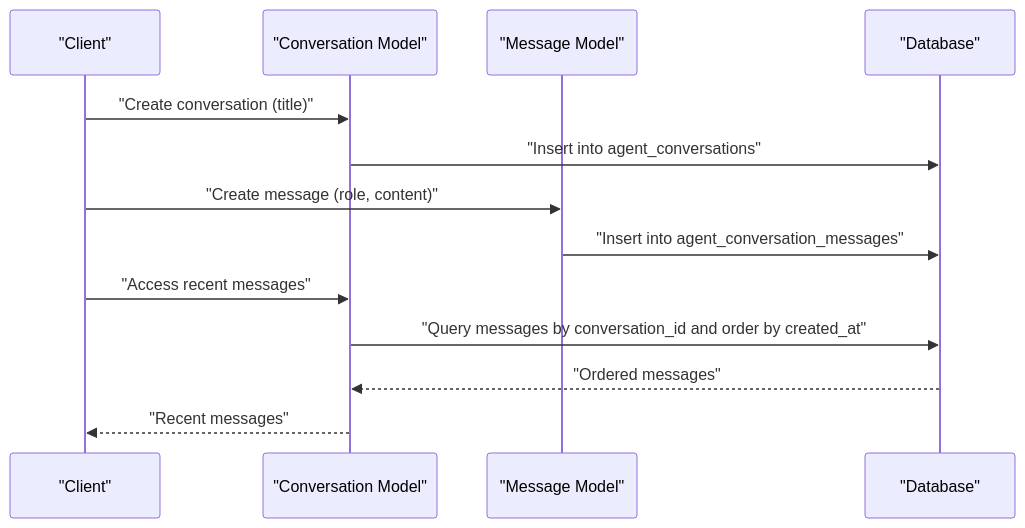
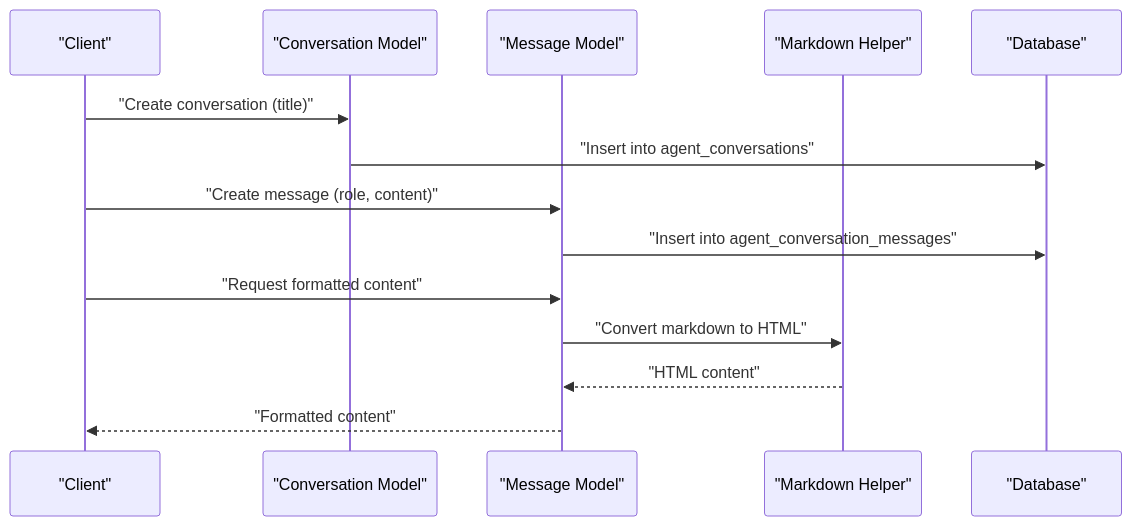
The third of 6 diagrams in .qoder/repowiki/en/content/Laravel Application Components/Models.md (siimliimand/laravel-assistant), drawn with Mermaid before and after one commit. The commit also changed other lines of this file and 4 other files, not shown here.

````diff
--- a/.qoder/repowiki/en/content/Laravel Application Components/Models.md
+++ b/.qoder/repowiki/en/content/Laravel Application Components/Models.md
@@ -229,15 +269,16 @@
 ```mermaid
 sequenceDiagram
 participant Client as "Client"
 participant Conv as "Conversation Model"
 participant Msg as "Message Model"
+participant MD as "Markdown Helper"
 participant DB as "Database"
 Client->>Conv : "Create conversation (title)"
 Conv->>DB : "Insert into agent_conversations"
 Client->>Msg : "Create message (role, content)"
 Msg->>DB : "Insert into agent_conversation_messages"
-Client->>Conv : "Access recent messages"
-Conv->>DB : "Query messages by conversation_id and order by created_at"
-DB-->>Conv : "Ordered messages"
-Conv-->>Client : "Recent messages"
+Client->>Msg : "Request formatted content"
+Msg->>MD : "Convert markdown to HTML"
+MD-->>Msg : "HTML content"
+Msg-->>Client : "Formatted content"
 ```
````
